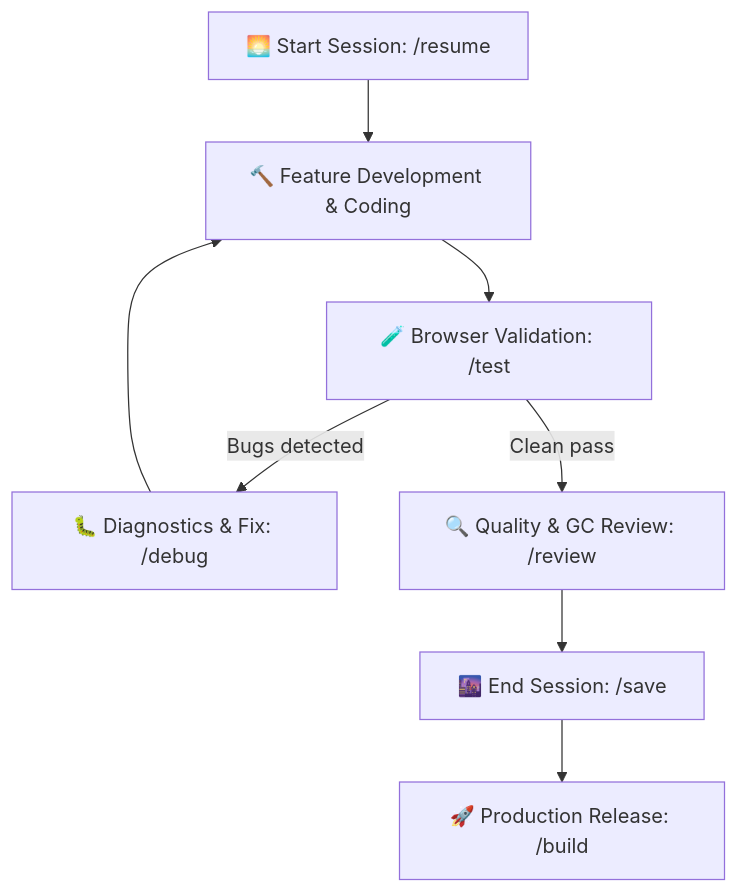
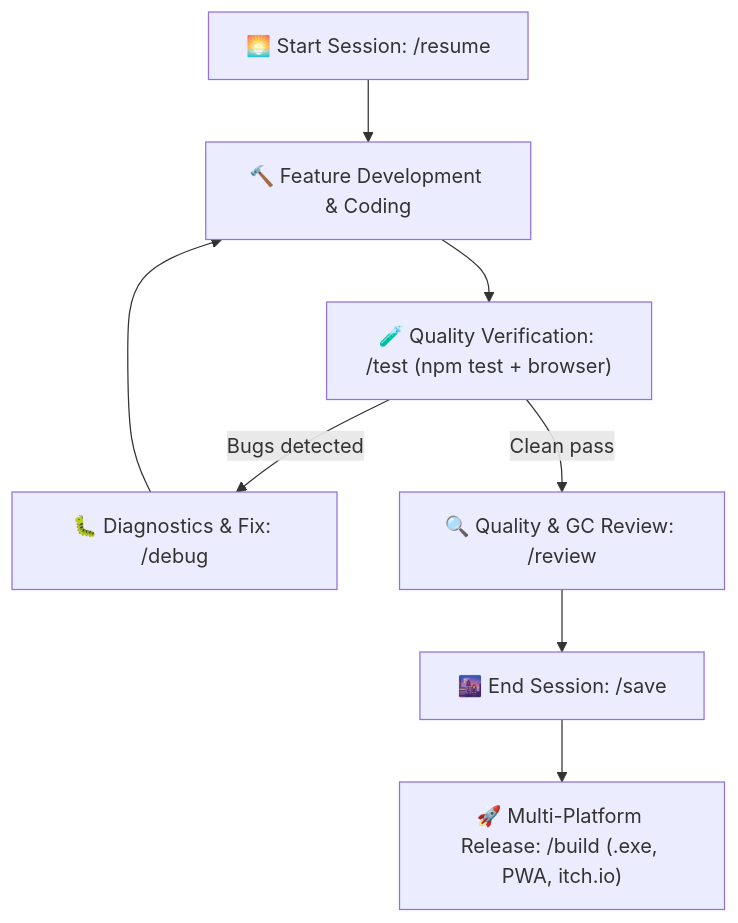
One commit to Samrude1/Agentic-games-template changed the diagram in AGENTS.md. Above: the diagram before and after it, drawn with Mermaid. The commit also changed other lines of this file and 37 other files, not shown here.

Commit message:
feat: upgrade to studio quality standards with full docs suite, unit tests, .exe packaging, and style linter

````diff
--- a/AGENTS.md
+++ b/AGENTS.md
@@ -44,10 +47,10 @@
 ```mermaid
 graph TD
     A["🌅 Start Session: /resume"] --> B["🔨 Feature Development & Coding"]
-    B --> C["🧪 Browser Validation: /test"]
+    B --> C["🧪 Quality Verification: /test (npm test + browser)"]
     C -- Bugs detected --> D["🐛 Diagnostics & Fix: /debug"]
     D --> B
     C -- Clean pass --> E["🔍 Quality & GC Review: /review"]
     E --> F["🌆 End Session: /save"]
-    F --> G["🚀 Production Release: /build"]
+    F --> G["🚀 Multi-Platform Release: /build (.exe, PWA, itch.io)"]
 ```
````
